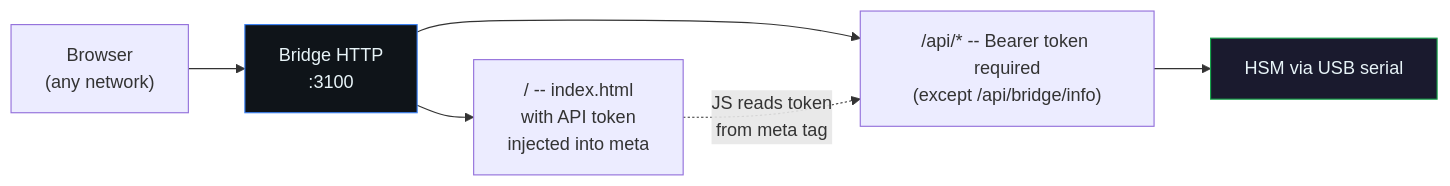
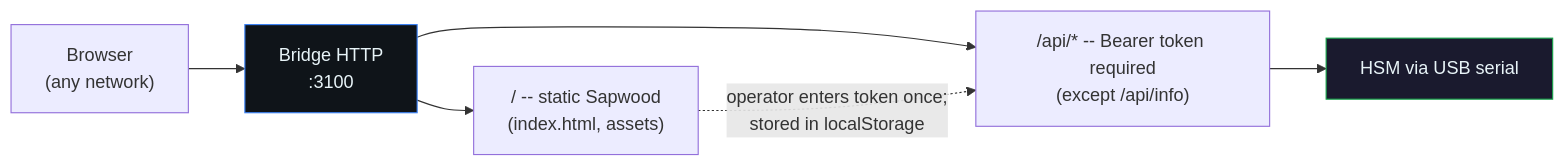
Before and after one commit to forgesworn/heartwood-esp32: the fourth of 5 diagrams in docs/architecture.md, drawn with Mermaid. The commit also changed other lines of this file and 2 other files, not shown here.

Commit message:
fix: fail closed on API auth and backup passphrase
API auth is now mandatory: with no --api-token/HEARTWOOD_API_TOKEN the
daemon generates a per-install token at <data-dir>/api-token (mode 0600)
instead of serving unauthenticated. The token is no longer templated into
the served index.html (any LAN client could read it from /) — Sapwood
prompts once and stores it in localStorage. Backup passphrase fails
closed when unset rather than defaulting to the publicly known
'heartwood'. CORS stays off unless explicitly requested.

````diff
--- a/docs/architecture.md
+++ b/docs/architecture.md
@@ -196,17 +196,17 @@
 ```mermaid
 flowchart LR
     Browser["Browser<br/>(any network)"]
     Bridge["Bridge HTTP<br/>:3100"]
-    Static["/ -- index.html<br/>with API token<br/>injected into meta"]
-    API["/api/* -- Bearer token required<br/>(except /api/bridge/info)"]
+    Static["/ -- static Sapwood<br/>(index.html, assets)"]
+    API["/api/* -- Bearer token required<br/>(except /api/info)"]
     HSM["HSM via USB serial"]
 
     Browser --> Bridge
     Bridge --> Static
     Bridge --> API
     API --> HSM
-    Static -.->|"JS reads token<br/>from meta tag"| API
+    Static -.->|"operator enters token once;<br/>stored in localStorage"| API
 
     style Bridge fill:#0f1419,stroke:#3b82f6,color:#e8f4f8
     style HSM fill:#1a1a2e,stroke:#16a34a,color:#e8f4f8
 ```
````
